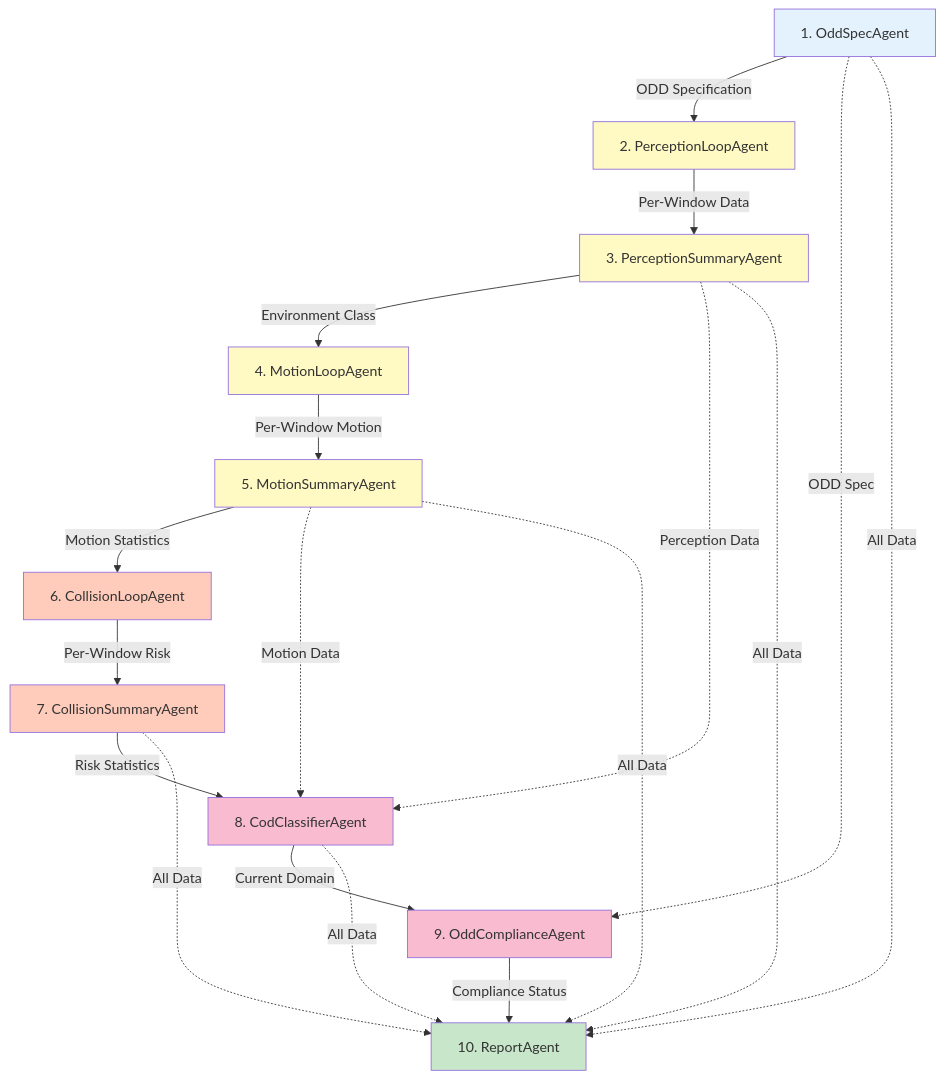
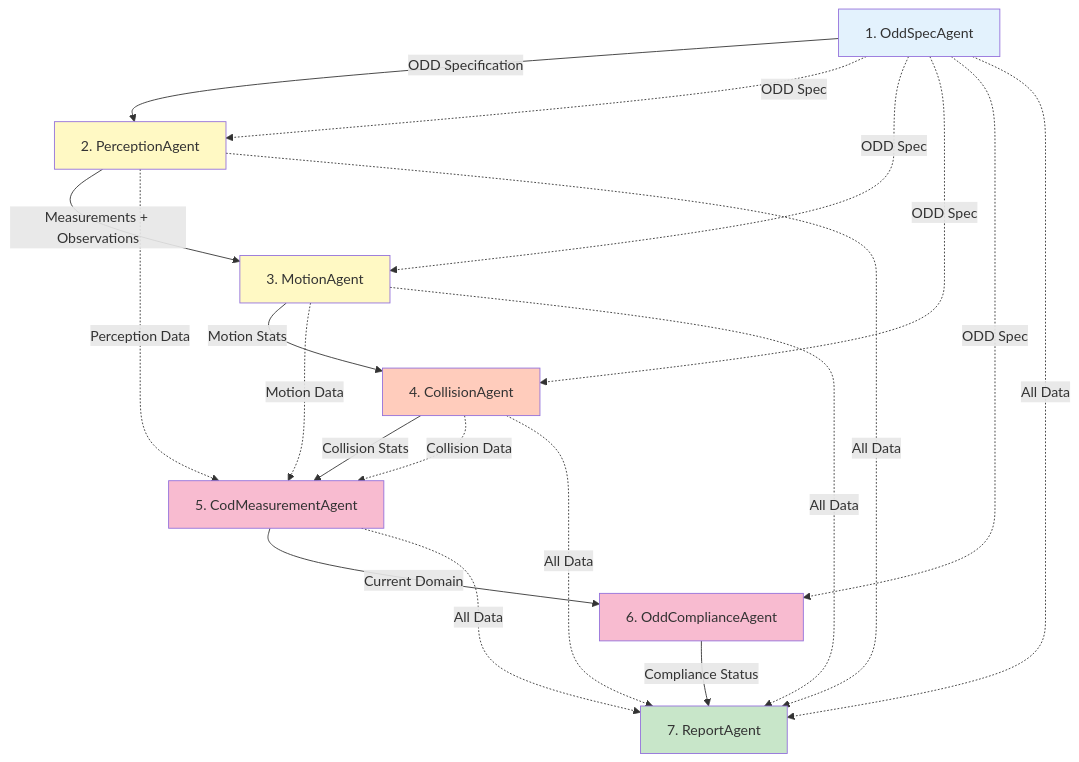
Before and after one commit to danmartinez78/go2-odd-observer: the diagram in docs/agents/README.md, drawn with Mermaid. The commit also changed other lines of this file and 3 other files, not shown here.

````diff
--- a/docs/agents/README.md
+++ b/docs/agents/README.md
@@ -9,31 +11,29 @@
 ```mermaid
 graph TD
-    A[1. OddSpecAgent] -->|ODD Specification| B[2. PerceptionLoopAgent]
-    B -->|Per-Window Data| C[3. PerceptionSummaryAgent]
-    C -->|Environment Class| D[4. MotionLoopAgent]
-    D -->|Per-Window Motion| E[5. MotionSummaryAgent]
-    E -->|Motion Statistics| F[6. CollisionLoopAgent]
-    F -->|Per-Window Risk| G[7. CollisionSummaryAgent]
-    G -->|Risk Statistics| H[8. CodClassifierAgent]
-    C -.->|Perception Data| H
-    E -.->|Motion Data| H
-    H -->|Current Domain| I[9. OddComplianceAgent]
-    A -.->|ODD Spec| I
-    I -->|Compliance Status| J[10. ReportAgent]
-    A -.->|All Data| J
-    C -.->|All Data| J
-    E -.->|All Data| J
-    G -.->|All Data| J
-    H -.->|All Data| J
+    A[1. OddSpecAgent] -->|ODD Specification| B[2. PerceptionAgent]
+    B -->|Measurements + Observations| C[3. MotionAgent]
+    C -->|Motion Stats| D[4. CollisionAgent]
+    D -->|Collision Stats| E[5. CodMeasurementAgent]
+    A -.->|ODD Spec| B
+    A -.->|ODD Spec| C
+    A -.->|ODD Spec| D
+    B -.->|Perception Data| E
+    C -.->|Motion Data| E
+    D -.->|Collision Data| E
+    E -->|Current Domain| F[6. OddComplianceAgent]
+    A -.->|ODD Spec| F
+    F -->|Compliance Status| G[7. ReportAgent]
+    A -.->|All Data| G
+    B -.->|All Data| G
+    C -.->|All Data| G
+    D -.->|All Data| G
+    E -.->|All Data| G
     
     style A fill:#e3f2fd
     style B fill:#fff9c4
     style C fill:#fff9c4
-    style D fill:#fff9c4
-    style E fill:#fff9c4
-    style F fill:#ffccbc
-    style G fill:#ffccbc
-    style H fill:#f8bbd0
-    style I fill:#f8bbd0
-    style J fill:#c8e6c9
+    style D fill:#ffccbc
+    style E fill:#f8bbd0
+    style F fill:#f8bbd0
+    style G fill:#c8e6c9
 ```
````
